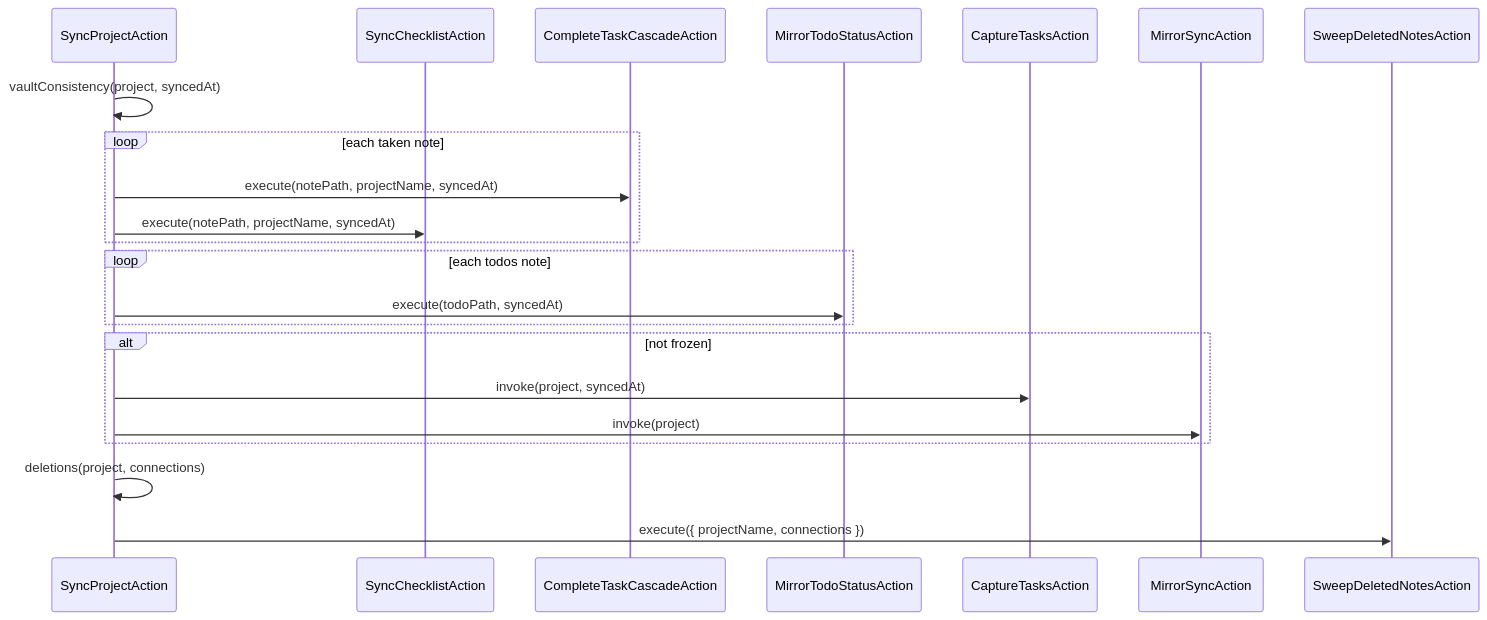
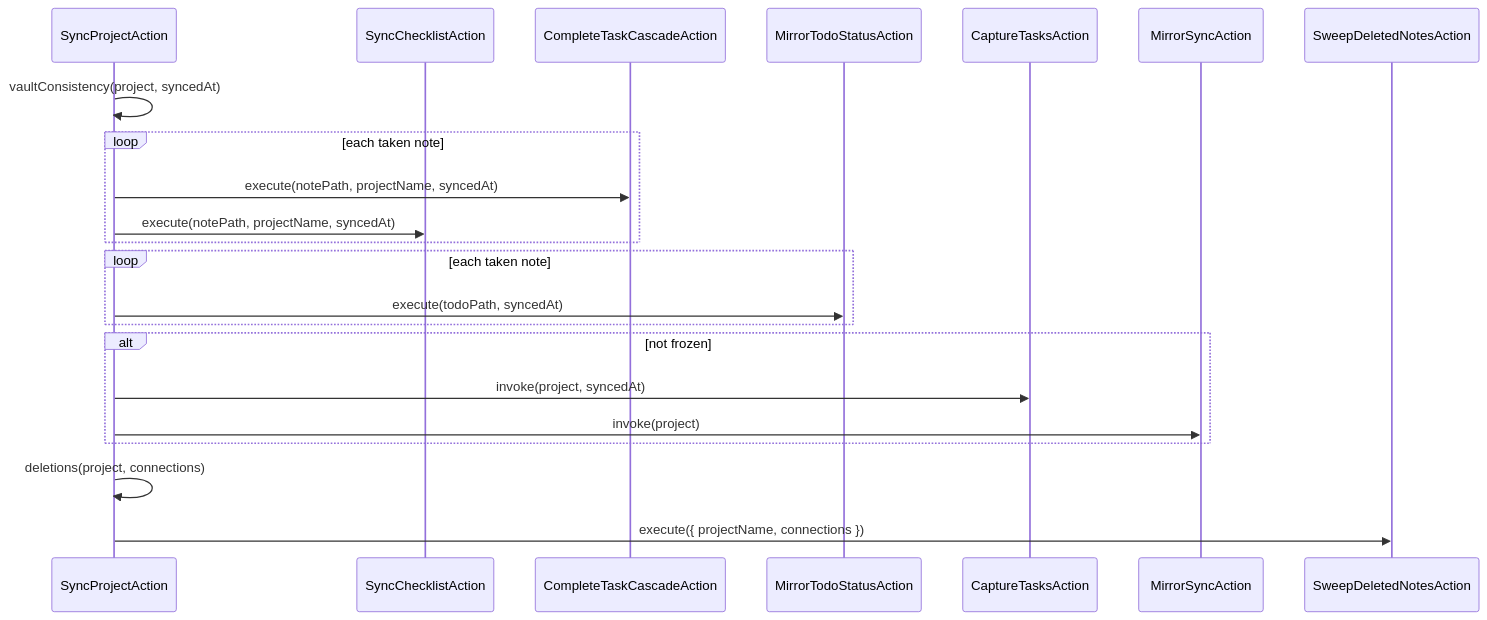
The third of 17 diagrams in docs/developer-manual.md (99linesofcode/obsidian-project-management), drawn with Mermaid before and after one commit. The commit also changed other lines of this file and 2 other files, not shown here.

First line of the commit message:
docs(todo): the ToDo lives under taken/

````diff
--- a/docs/developer-manual.md
+++ b/docs/developer-manual.md
@@ -225,25 +226,25 @@
 ```mermaid
 sequenceDiagram
   participant SP as SyncProjectAction
   participant Chk as SyncChecklistAction
   participant Cas as CompleteTaskCascadeAction
   participant Mir as MirrorTodoStatusAction
   participant TC as CaptureTasksAction
   participant TF as MirrorSyncAction
   participant Sweep as SweepDeletedNotesAction
 
   SP->>SP: vaultConsistency(project, syncedAt)
   loop each taken note
     SP->>Cas: execute(notePath, projectName, syncedAt)
     SP->>Chk: execute(notePath, projectName, syncedAt)
   end
-  loop each todos note
+  loop each taken note
     SP->>Mir: execute(todoPath, syncedAt)
   end
   alt not frozen
     SP->>TC: invoke(project, syncedAt)
     SP->>TF: invoke(project)
   end
   SP->>SP: deletions(project, connections)
   SP->>Sweep: execute({ projectName, connections })
 ```
````
